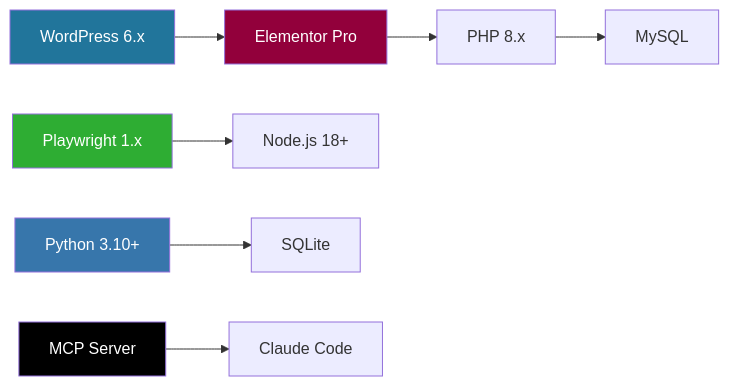
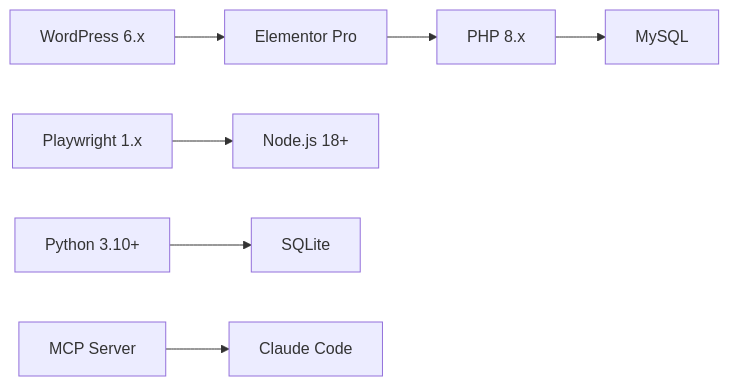
The third of 3 diagrams in README.md (GifariKemal/suriota-stack-web), drawn with Mermaid before and after one commit. The commit also changed other lines of this file and 7 other files, not shown here.

First line of the commit message:
docs: professional README v2 — fix Mermaid, remove placeholder, unify English

````diff
--- a/README.md
+++ b/README.md
@@ -281,14 +264,9 @@
 ```mermaid
 graph LR
-    A[WordPress 6.x] --> B[Elementor Pro]
-    B --> C[PHP 8.x]
-    C --> D[MySQL]
-    E[Playwright 1.x] --> F[Node.js 18+]
-    G[Python 3.10+] --> H[SQLite]
-    I[MCP Server] --> J[Claude Code]
-    style A fill:#21759b,color:#fff
-    style B fill:#92003B,color:#fff
-    style E fill:#2EAD33,color:#fff
-    style G fill:#3776AB,color:#fff
-    style I fill:#000,color:#fff
+    WP[WordPress 6.x] --> EL[Elementor Pro]
+    EL --> PHP[PHP 8.x]
+    PHP --> SQL[MySQL]
+    PW[Playwright 1.x] --> NODE[Node.js 18+]
+    PY[Python 3.10+] --> SQ[SQLite]
+    MCP[MCP Server] --> CC[Claude Code]
 ```
````
